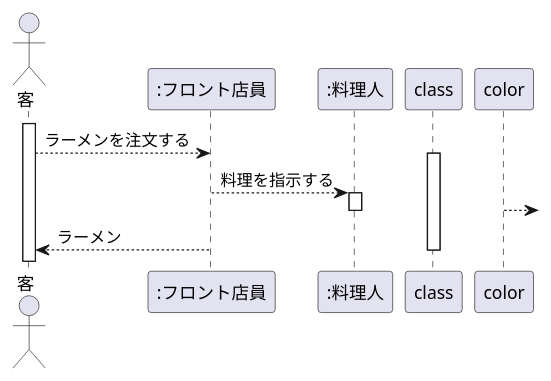
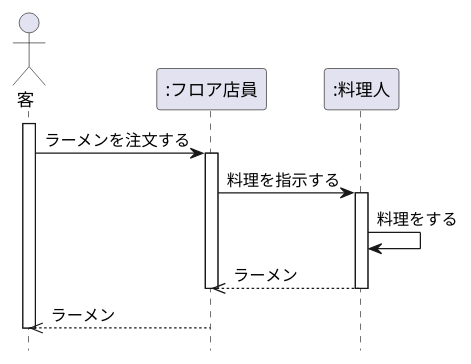
The diagram in 課題4/演習4-1_SD_ラーメン屋さんでの注文.pu (puratina1011/umt_introduction), drawn with PlantUML before and after one commit.

Commit message:
ラーメン

```diff
--- a/課題4/演習4-1_SD_ラーメン屋さんでの注文.pu
+++ b/課題4/演習4-1_SD_ラーメン屋さんでの注文.pu
@@ -1,15 +1,18 @@
-@startuml
+@startuml ラーメン屋さんでの注文
+hide footbox
 actor 客 as guest
-participant ":フロント店員" as clerk
-participant ":料理人" as conter
+participant ":フロア店員" as clerk
+participant ":料理人" as cooker
 activate guest
-guest --> clerk:ラーメンを注文する
-activate class
-clerk --> conter:料理を指示する
-activate conter
-color --> 
-deactivate conter
+guest -> clerk:ラーメンを注文する
+activate clerk
+clerk -> cooker:料理を指示する
+activate cooker
+cooker -> cooker:料理をする
+clerk <<-- cooker:ラーメン
+deactivate cooker
 deactivate clerk
-guest <-- clerk:ラーメン
-deactivate class
+guest <<-- clerk:ラーメン
+deactivate guest
+
 @enduml
```
